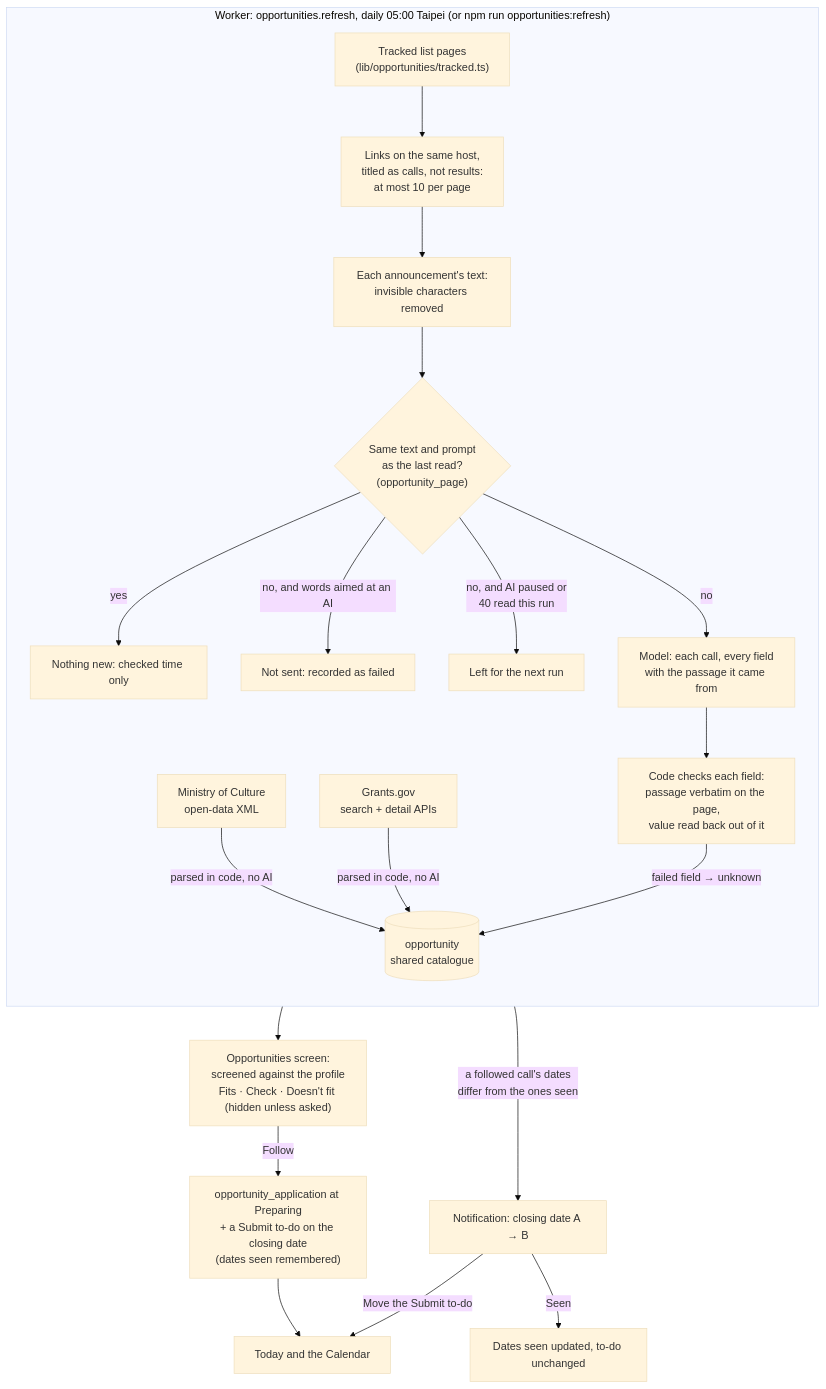
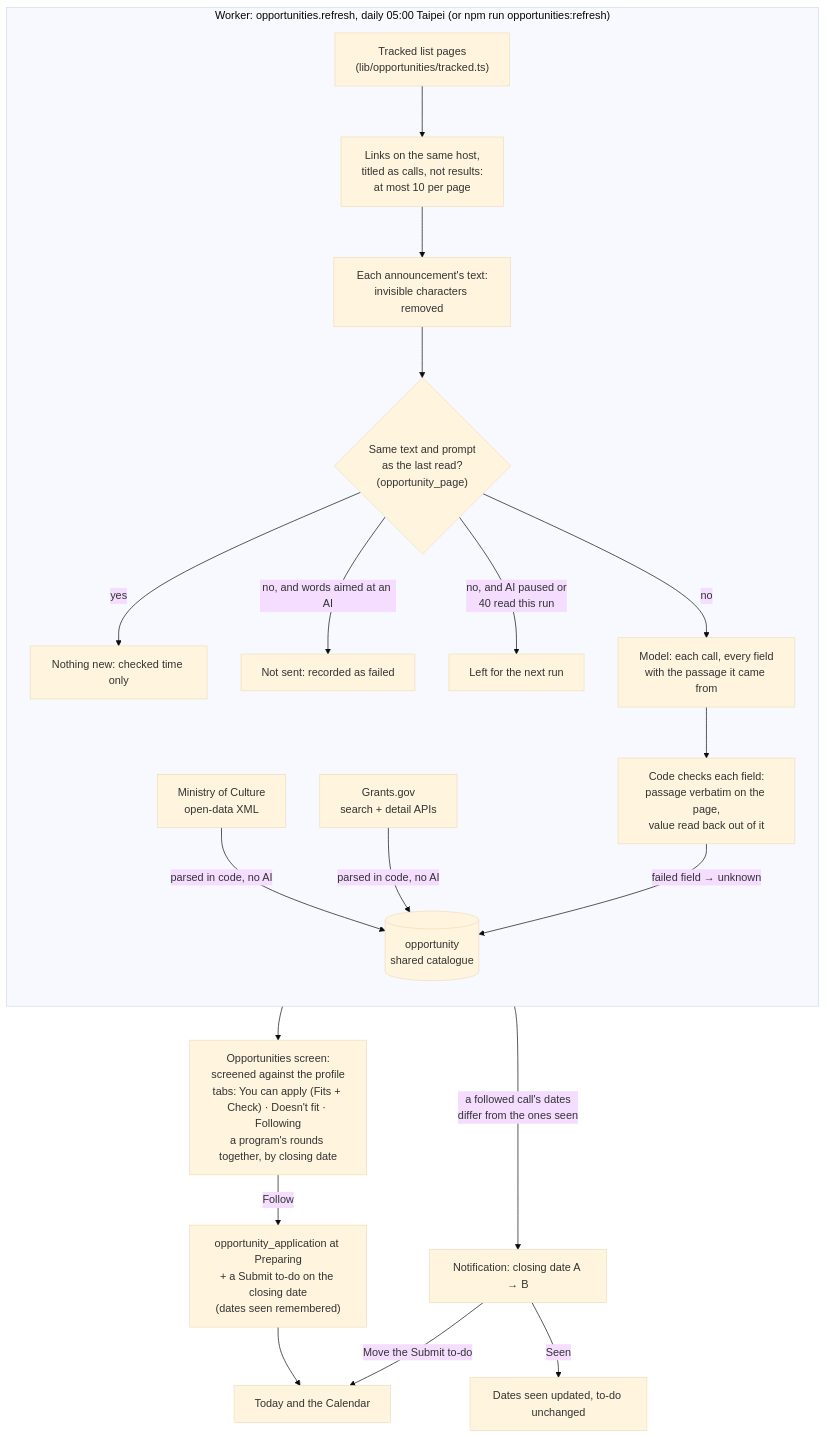
Before and after one commit to janiceyujie/talent_biz_os: diagram 13 of 17 in docs/system-map.md, drawn with Mermaid (base theme). The commit also changed 10 other files, not shown here.

First line of the commit message:
feat(opportunities): show the list by deadline, one card per program

````diff
--- a/docs/system-map.md
+++ b/docs/system-map.md
@@ -504,24 +504,24 @@
 ```mermaid
 flowchart TB
   subgraph Daily["Worker: opportunities.refresh, daily 05:00 Taipei (or npm run opportunities:refresh)"]
     direction TB
     MOC["Ministry of Culture<br/>open-data XML"] -->|"parsed in code, no AI"| CAT
     GG["Grants.gov<br/>search + detail APIs"] -->|"parsed in code, no AI"| CAT
     TL["Tracked list pages<br/>(lib/opportunities/tracked.ts)"] --> LK["Links on the same host,<br/>titled as calls, not results:<br/>at most 10 per page"]
     LK --> AN["Each announcement's text:<br/>invisible characters removed"]
     AN --> SAME{"Same text and prompt<br/>as the last read?<br/>(opportunity_page)"}
     SAME -->|yes| KEEP["Nothing new: checked time only"]
     SAME -->|"no, and words aimed at an AI"| REF["Not sent: recorded as failed"]
     SAME -->|"no, and AI paused or<br/>40 read this run"| NEXT["Left for the next run"]
     SAME -->|no| LLM["Model: each call, every field<br/>with the passage it came from"]
     LLM --> VER["Code checks each field:<br/>passage verbatim on the page,<br/>value read back out of it"]
     VER -->|"failed field → unknown"| CAT[("opportunity<br/>shared catalogue")]
   end
 
-  CAT --> SCR["Opportunities screen:<br/>screened against the profile<br/>Fits · Check · Doesn't fit (hidden unless asked)"]
+  CAT --> SCR["Opportunities screen:<br/>screened against the profile<br/>tabs: You can apply (Fits + Check) · Doesn't fit · Following<br/>a program's rounds together, by closing date"]
   SCR -->|Follow| APP["opportunity_application at Preparing<br/>+ a Submit to-do on the closing date<br/>(dates seen remembered)"]
   APP --> TD["Today and the Calendar"]
   CAT -->|"a followed call's dates<br/>differ from the ones seen"| NT["Notification: closing date A → B"]
   NT -->|"Move the Submit to-do"| TD
   NT -->|"Seen"| OK["Dates seen updated, to-do unchanged"]
 ```
````
